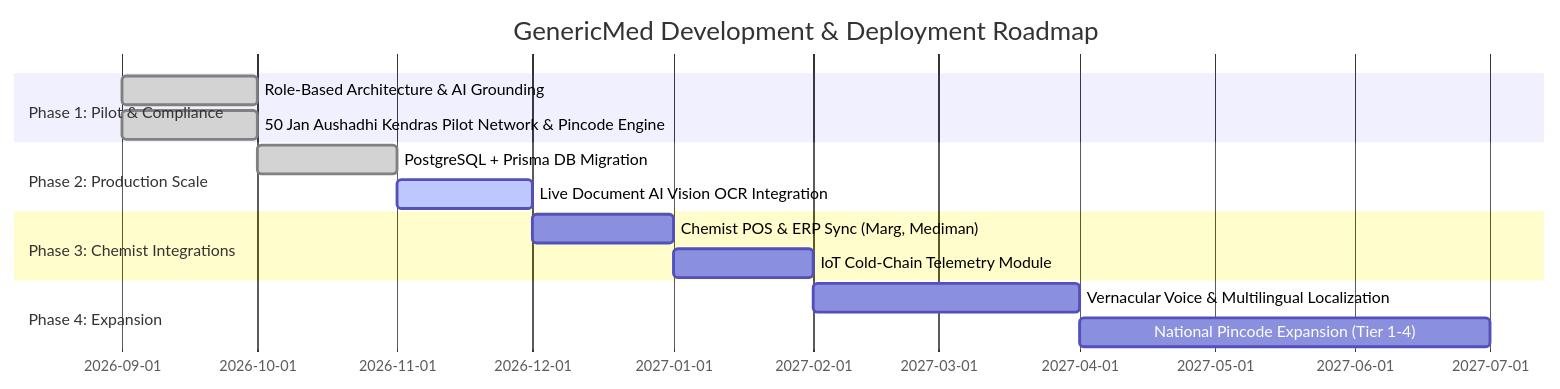
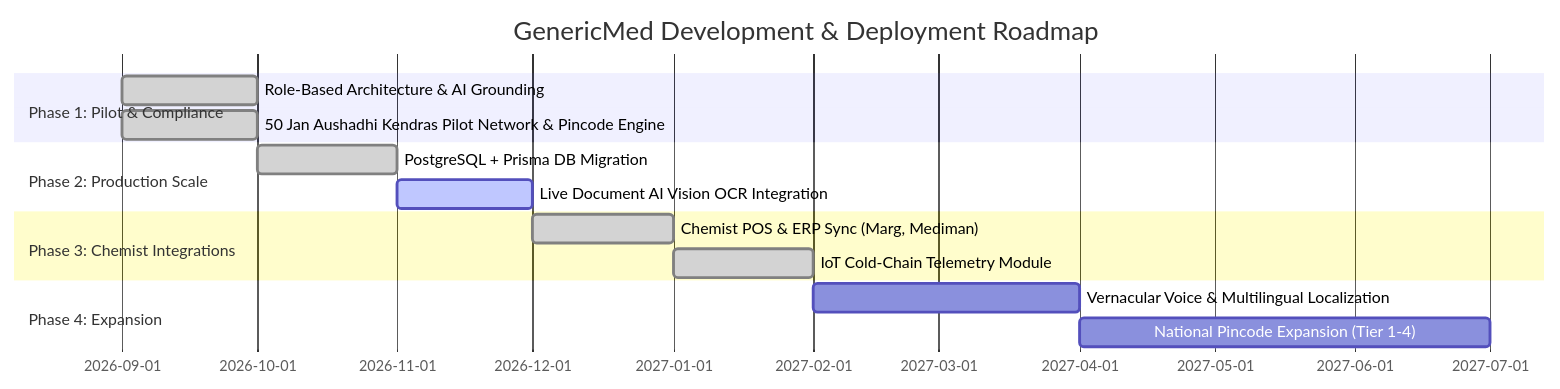
Before and after one commit to shri3090/Shri: the second of 2 diagrams in memory.md, drawn with Mermaid. The commit also changed other lines of this file and 3 other files, not shown here.

````diff
--- a/memory.md
+++ b/memory.md
@@ -330,17 +335,17 @@
 ```mermaid
 gantt
     title GenericMed Development & Deployment Roadmap
     dateFormat  YYYY-MM
     section Phase 1: Pilot & Compliance
     Role-Based Architecture & AI Grounding :done, 2026-09, 2026-10
     50 Jan Aushadhi Kendras Pilot Network & Pincode Engine :done, 2026-09, 2026-10
     section Phase 2: Production Scale
     PostgreSQL + Prisma DB Migration :done, 2026-10, 2026-11
     Live Document AI Vision OCR Integration :active, 2026-11, 2026-12
     section Phase 3: Chemist Integrations
-    Chemist POS & ERP Sync (Marg, Mediman) :2026-12, 2027-01
-    IoT Cold-Chain Telemetry Module :2027-01, 2027-02
+    Chemist POS & ERP Sync (Marg, Mediman) :done, 2026-12, 2027-01
+    IoT Cold-Chain Telemetry Module :done, 2027-01, 2027-02
     section Phase 4: Expansion
     Vernacular Voice & Multilingual Localization :2027-02, 2027-04
     National Pincode Expansion (Tier 1-4) :2027-04, 2027-07
 ```
````
